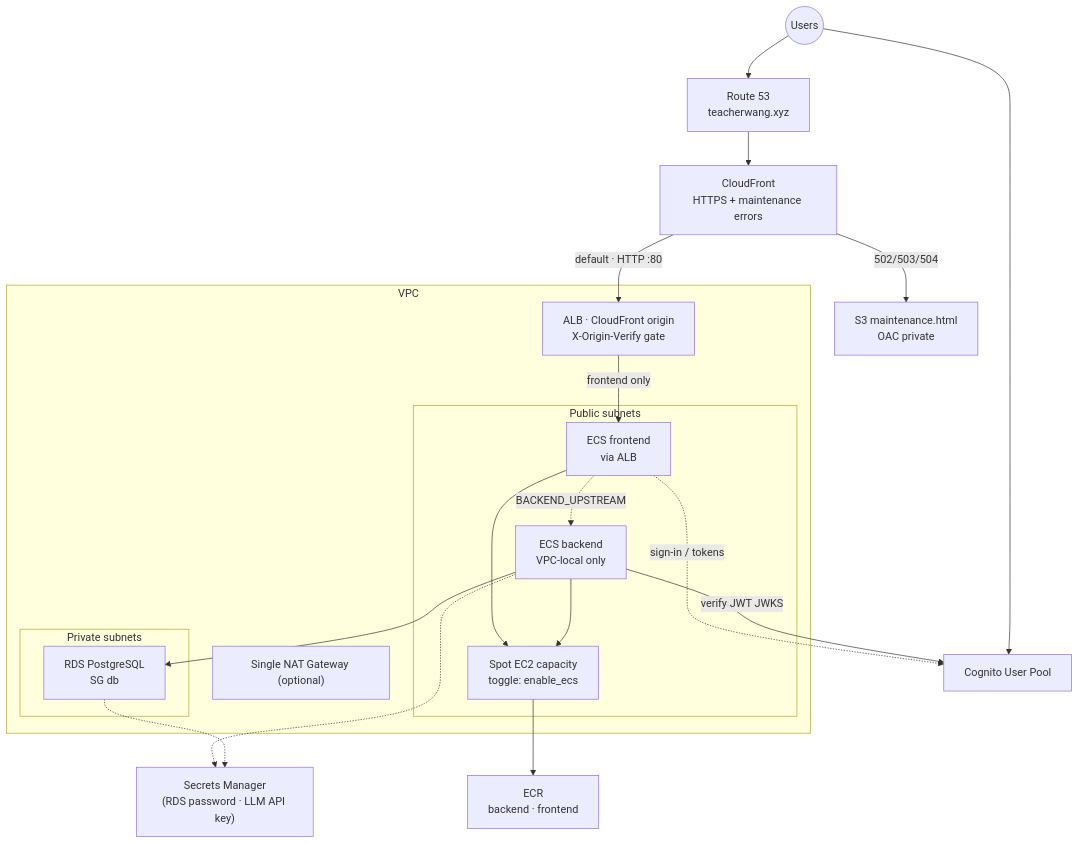
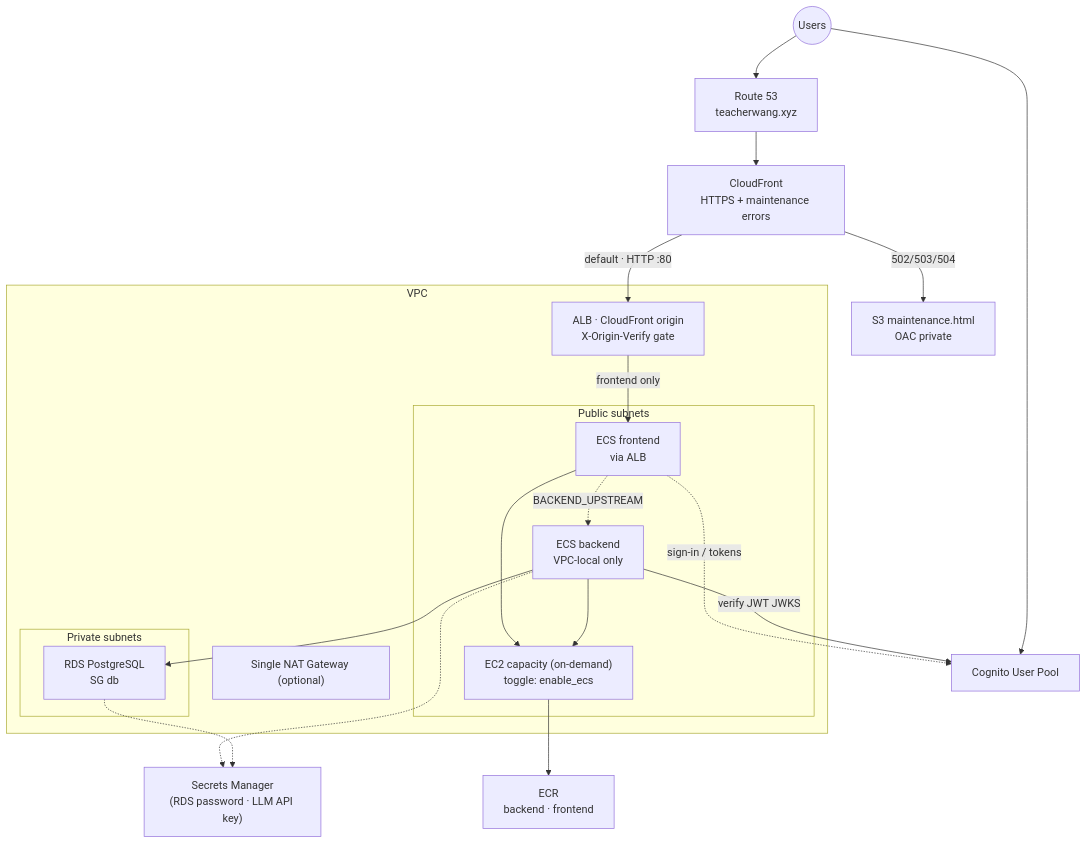
The eighth of 9 diagrams in docs/architecture.md (mazarsju/teacher-wang-infra), drawn with Mermaid before and after one commit. The commit also changed other lines of this file and 6 other files, not shown here.

````diff
--- a/docs/architecture.md
+++ b/docs/architecture.md
@@ -285,45 +285,45 @@
 ```mermaid
 flowchart TB
   Users((Users))
 
   R53["Route 53<br/>teacherwang.xyz"]
   CF["CloudFront<br/>HTTPS + maintenance errors"]
   MaintS3["S3 maintenance.html<br/>OAC private"]
 
   Users --> R53
   R53 --> CF
   CF -->|default · HTTP :80| ALB
   CF -->|502/503/504| MaintS3
 
   subgraph VPC["VPC"]
     ALB["ALB · CloudFront origin<br/>X-Origin-Verify gate"]
 
     subgraph Public["Public subnets"]
       FE["ECS frontend<br/>via ALB"]
       BE["ECS backend<br/>VPC-local only"]
-      ECS["Spot EC2 capacity<br/>toggle: enable_ecs"]
+      ECS["EC2 capacity (on-demand)<br/>toggle: enable_ecs"]
     end
 
     subgraph Private["Private subnets"]
       RDS["RDS PostgreSQL<br/>SG db"]
     end
 
     NAT["Single NAT Gateway (optional)"]
   end
 
   ECR["ECR<br/>backend · frontend"]
   Cognito["Cognito User Pool"]
   SM["Secrets Manager<br/>(RDS password · LLM API key)"]
 
   Users --> Cognito
   FE -.->|sign-in / tokens| Cognito
   ALB -->|frontend only| FE
   FE -.->|BACKEND_UPSTREAM| BE
   BE -->|verify JWT JWKS| Cognito
   BE --> RDS
   FE --> ECS
   BE --> ECS
   ECS --> ECR
   BE -.-> SM
   RDS -.-> SM
 ```
````
